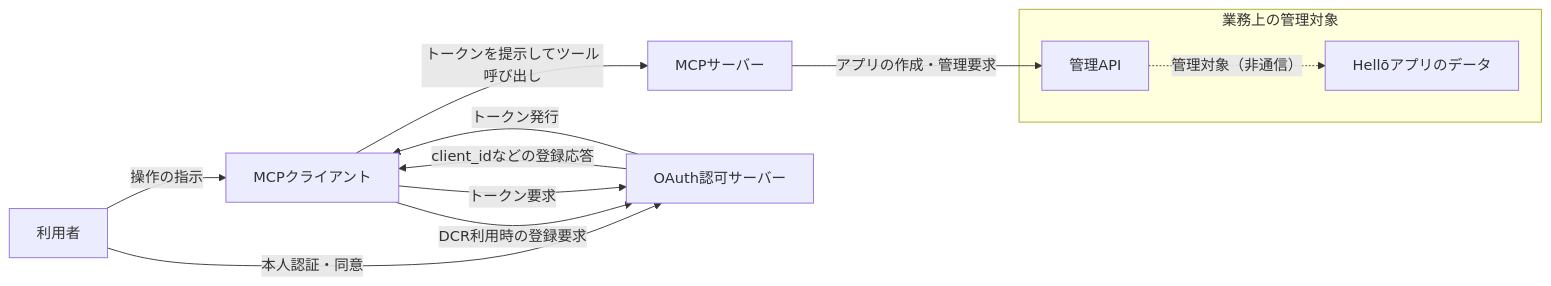
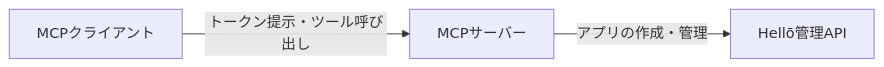
One commit to futabato/aauth-lab changed the first of 3 diagrams in docs/blog/draft.md. Above: the diagram before and after it, drawn with Mermaid. The commit also changed other lines of this file and 1 other file, not shown here.

````diff
--- a/docs/blog/draft.md
+++ b/docs/blog/draft.md
@@ -75,20 +53,8 @@
 ```mermaid
 flowchart LR
-    U["利用者"]
     C["MCPクライアント"]
     S["MCPサーバー"]
-    O["OAuth認可サーバー"]
-    subgraph Business["業務上の管理対象"]
-        API["管理API"]
-        APP["Hellōアプリのデータ"]
-    end
-    U -->|"操作の指示"| C
-    U -->|"本人認証・同意"| O
-    C -->|"DCR利用時の登録要求"| O
-    O -->|"client_idなどの登録応答"| C
-    C -->|"トークン要求"| O
-    O -->|"トークン発行"| C
-    C -->|"トークンを提示してツール呼び出し"| S
-    S -->|"アプリの作成・管理要求"| API
-    API -.->|"管理対象（非通信）"| APP
+    API["Hellō管理API"]
+    C -->|"トークン提示・ツール呼び出し"| S
+    S -->|"アプリの作成・管理"| API
 ```
````
